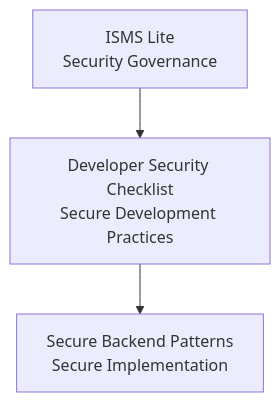
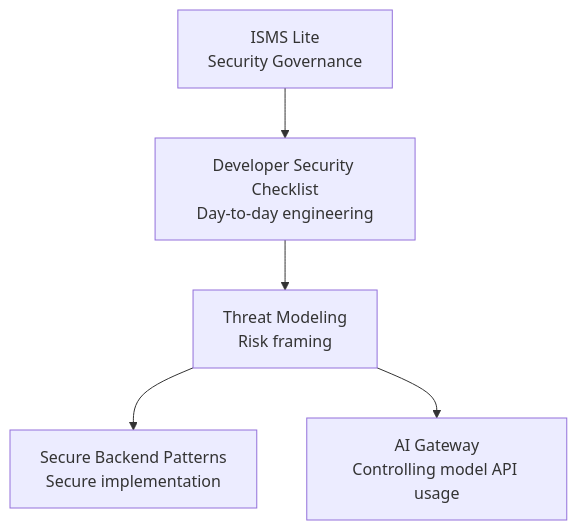
Before and after one commit to st-hisatoshi-2973/startup-security-kit: the diagram in README.md, drawn with Mermaid. The commit also changed other lines of this file and 1 other file, not shown here.

````diff
--- a/README.md
+++ b/README.md
@@ -18,9 +18,13 @@
 ```mermaid
 flowchart TD
 A[ISMS Lite<br>Security Governance]
-B[Developer Security Checklist<br>Secure Development Practices]
-C[Secure Backend Patterns<br>Secure Implementation]
+B[Developer Security Checklist<br>Day-to-day engineering]
+C[Threat Modeling<br>Risk framing]
+D[Secure Backend Patterns<br>Secure implementation]
+E[AI Gateway<br>Controlling model API usage]
 
 A --> B
 B --> C
+C --> D
+C --> E
 ```
````
